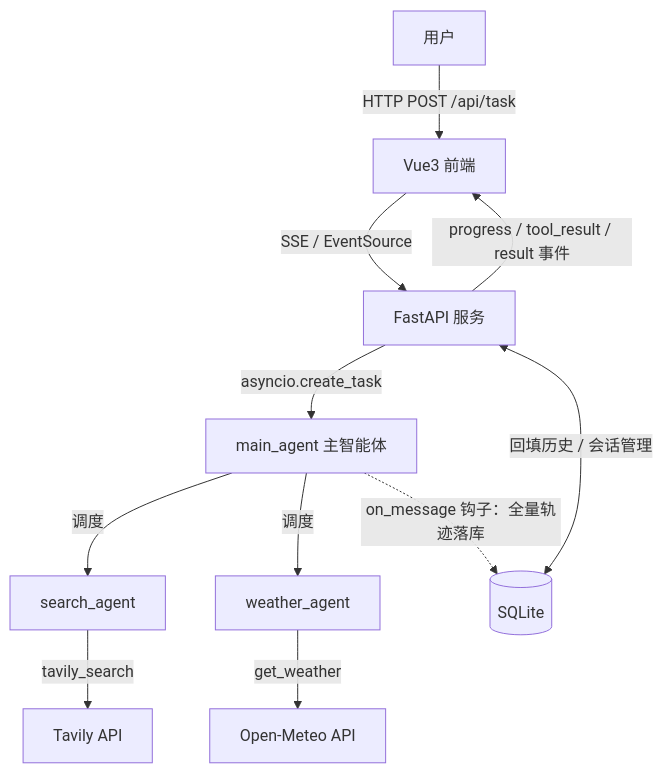
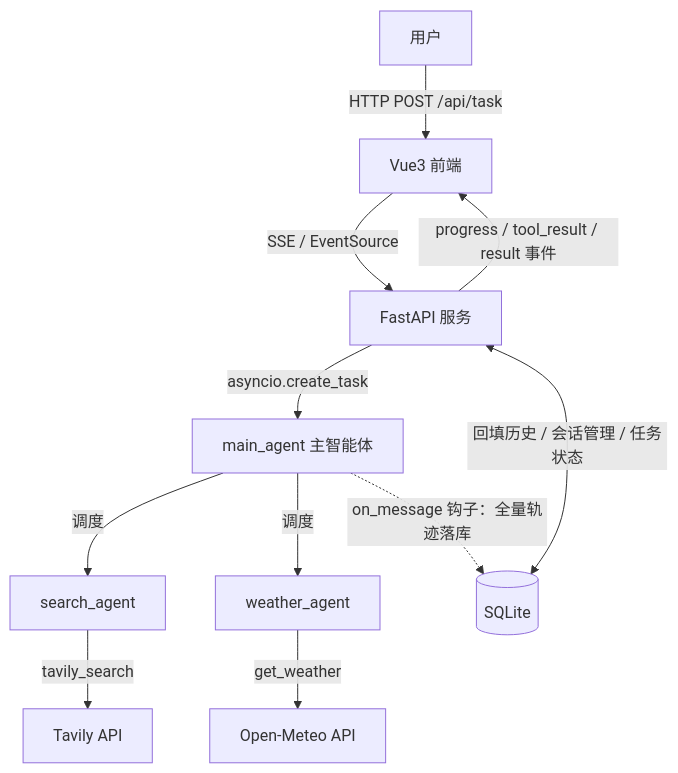
Before and after one commit to cxyzk/MultiAgent-Search: the diagram in README.md, drawn with Mermaid. The commit also changed other lines of this file, not shown here.

````diff
--- a/README.md
+++ b/README.md
@@ -23,13 +24,13 @@
 ```mermaid
 graph TB
     U[用户] -->|HTTP POST /api/task| FE[Vue3 前端]
     FE -->|SSE / EventSource| API[FastAPI 服务]
     API -->|asyncio.create_task| MA[main_agent 主智能体]
     MA -->|调度| SA[search_agent]
     MA -->|调度| WA[weather_agent]
     SA -->|tavily_search| TV[Tavily API]
     WA -->|get_weather| OM[Open-Meteo API]
-    API <-->|回填历史 / 会话管理| DB[(SQLite)]
+    API <-->|回填历史 / 会话管理 / 任务状态| DB[(SQLite)]
     MA -.->|on_message 钩子：全量轨迹落库| DB
     API -->|progress / tool_result / result 事件| FE
 ```
````
